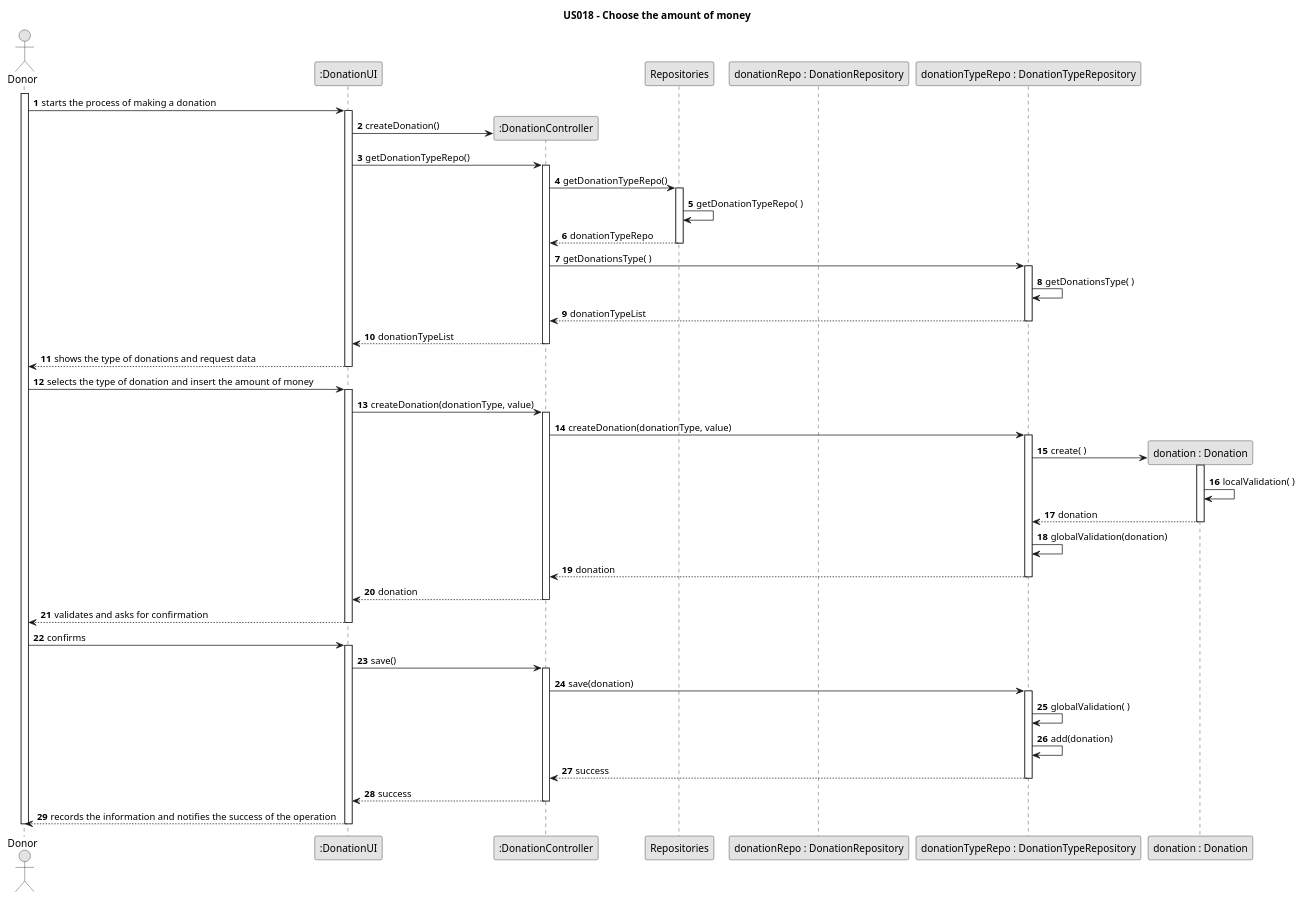
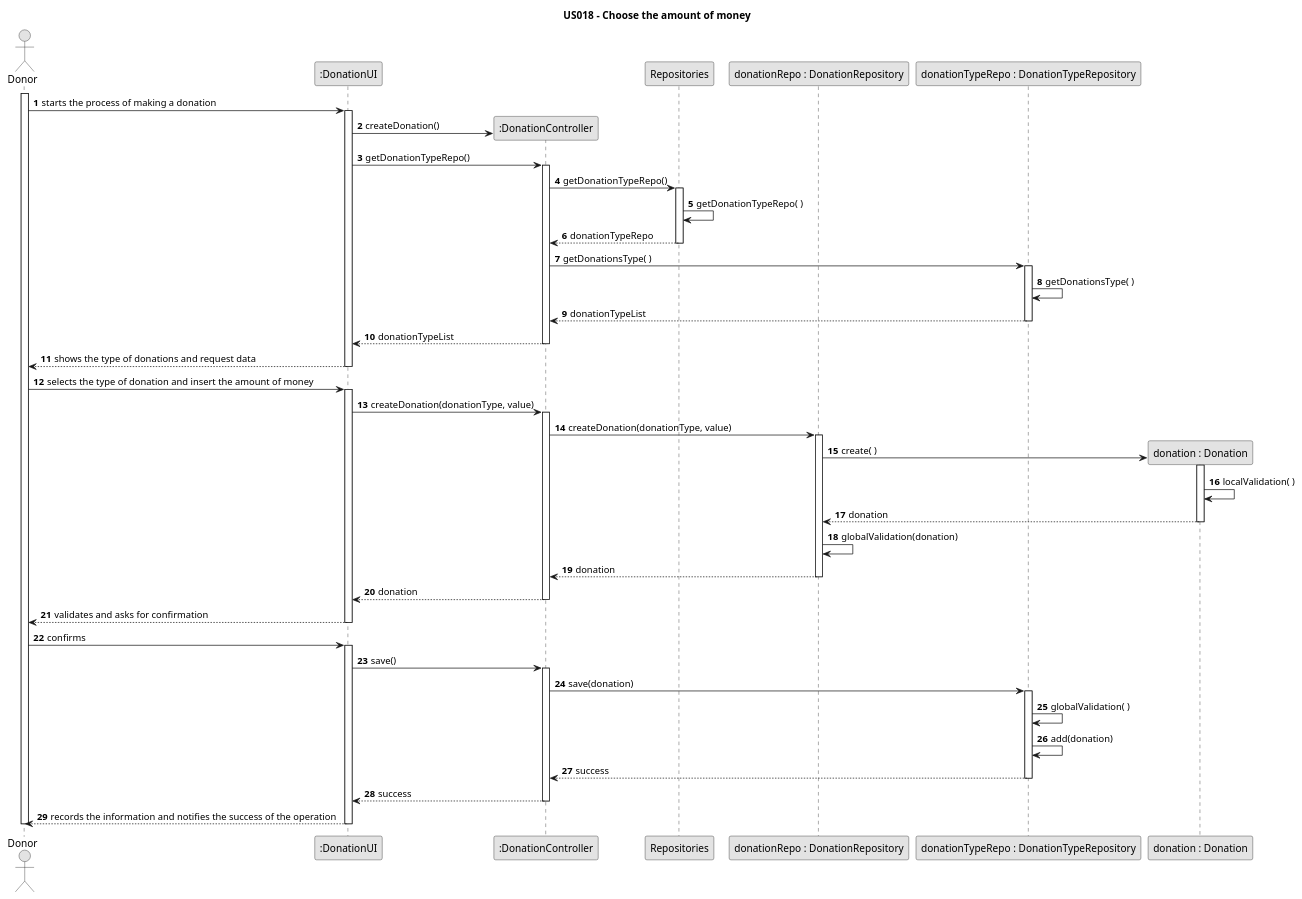
Before and after one commit to tbarracha/Upskill-Sprint-2-Gladly-Given: the diagram in javaSprint2GladlyGiven/Docs/UseCases/uc018/design/us018-SD.puml, drawn with PlantUML. The commit also changed 30 other files, not shown here.

```diff
--- a/javaSprint2GladlyGiven/Docs/UseCases/uc018/design/us018-SD.puml
+++ b/javaSprint2GladlyGiven/Docs/UseCases/uc018/design/us018-SD.puml
@@ -1,73 +1,73 @@
 @startuml
 skinparam monochrome true
 skinparam packageStyle rectangle
 skinparam shadowing false
 
 title US018 - Choose the amount of money
 
 autonumber
 
 actor Donor as donor
 participant ":DonationUI" as ui
 participant ":DonationController" as ctrl
 participant Repositories as repo
 participant "donationRepo : DonationRepository" as donationRepo
 participant "donationTypeRepo : DonationTypeRepository" as donationTypeRepo
 participant "donation : Donation" as donation
 
 
 activate donor
     donor -> ui : starts the process of making a donation
     activate ui
         ui -> ctrl** : createDonation()
         ui -> ctrl : getDonationTypeRepo()
         activate ctrl
             ctrl -> repo : getDonationTypeRepo()
             activate repo
                 repo -> repo : getDonationTypeRepo( )
                 repo --> ctrl : donationTypeRepo
             deactivate repo
             ctrl -> donationTypeRepo : getDonationsType( )
             activate donationTypeRepo
                 donationTypeRepo -> donationTypeRepo : getDonationsType( )
                 donationTypeRepo --> ctrl : donationTypeList
             deactivate donationTypeRepo
             ctrl --> ui : donationTypeList
         deactivate ctrl
             ui --> donor : shows the type of donations and request data
     deactivate ui
     donor -> ui : selects the type of donation and insert the amount of money
     activate ui
         ui -> ctrl : createDonation(donationType, value)
         activate ctrl
-            ctrl -> donationTypeRepo : createDonation(donationType, value)
-            activate donationTypeRepo
-                donationTypeRepo -> donation** : create( )
+            ctrl -> donationRepo : createDonation(donationType, value)
+            activate donationRepo
+                donationRepo -> donation** : create( )
                 activate donation
                     donation -> donation : localValidation( )
-                    donation --> donationTypeRepo : donation
+                    donation --> donationRepo : donation
                 deactivate donation
-                donationTypeRepo -> donationTypeRepo : globalValidation(donation)
-                donationTypeRepo --> ctrl : donation
-            deactivate donationTypeRepo
+                donationRepo -> donationRepo : globalValidation(donation)
+                donationRepo --> ctrl : donation
+            deactivate donationRepo
             ctrl --> ui : donation
         deactivate ctrl
         ui --> donor : validates and asks for confirmation
     deactivate ui
     donor -> ui : confirms
     activate ui
         ui -> ctrl : save()
         activate ctrl
             ctrl -> donationTypeRepo : save(donation)
             activate donationTypeRepo
                 donationTypeRepo -> donationTypeRepo : globalValidation( )
                 donationTypeRepo -> donationTypeRepo : add(donation)
                 donationTypeRepo --> ctrl : success
             deactivate donationTypeRepo
             ctrl --> ui : success
         deactivate ctrl
         ui --> donor : records the information and notifies the success of the operation
     deactivate ui
 deactivate donor
 
 @enduml
```
